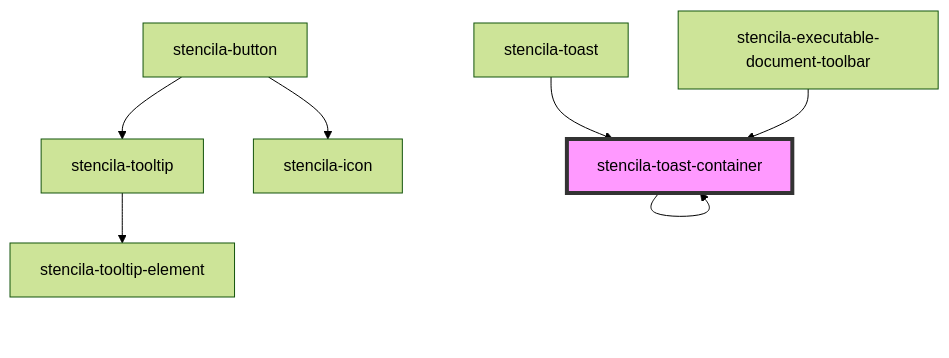
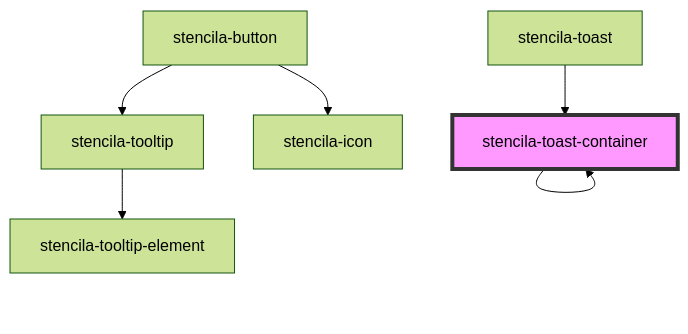
Before and after one commit to stencila/designa: the diagram in packages/components/src/components/toastContainer/readme.md, drawn with Mermaid (forest theme). The commit also changed other lines of this file and 16 other files, not shown here.

First line of the commit message:
refactor(Document Toolbar): Rename component

````diff
--- a/packages/components/src/components/toastContainer/readme.md
+++ b/packages/components/src/components/toastContainer/readme.md
@@ -30,10 +29,9 @@
 ```mermaid
 graph TD;
   stencila-toast-container --> stencila-toast-container
   stencila-toast --> stencila-toast-container
   stencila-button --> stencila-icon
   stencila-button --> stencila-tooltip
   stencila-tooltip --> stencila-tooltip-element
-  stencila-executable-document-toolbar --> stencila-toast-container
   style stencila-toast-container fill:#f9f,stroke:#333,stroke-width:4px
 ```
````
